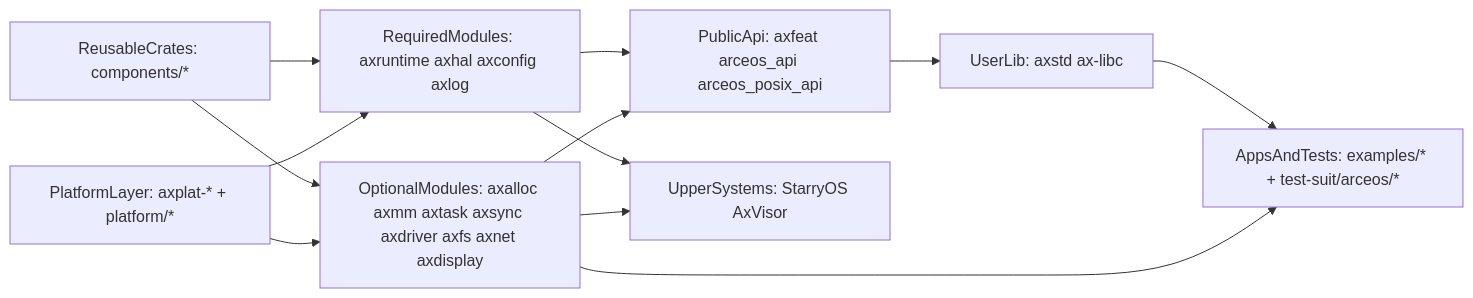
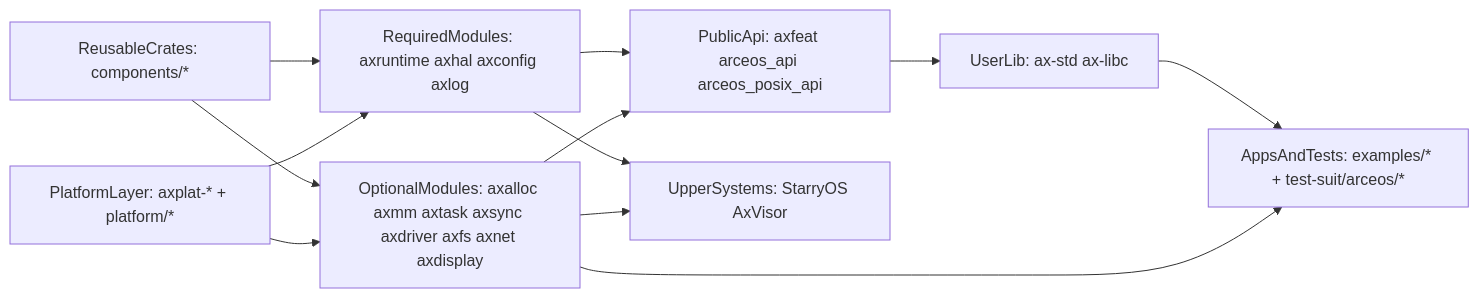
Before and after one commit to zKurisu/tgoskits: the first of 5 diagrams in docs/arceos-internals.md, drawn with Mermaid. The commit also changed other lines of this file and 153 other files, not shown here.

Commit message:
rename axstd to ax-std

````diff
--- a/docs/arceos-internals.md
+++ b/docs/arceos-internals.md
@@ -36,23 +36,23 @@
 ```mermaid
 flowchart LR
     reusableCrates["ReusableCrates: components/*"]
     platformLayer["PlatformLayer: axplat-* + platform/*"]
     requiredModules["RequiredModules: axruntime axhal axconfig axlog"]
     optionalModules["OptionalModules: axalloc axmm axtask axsync axdriver axfs axnet axdisplay"]
     publicApi["PublicApi: axfeat arceos_api arceos_posix_api"]
-    userLib["UserLib: axstd ax-libc"]
+    userLib["UserLib: ax-std ax-libc"]
     appsAndTests["AppsAndTests: examples/* + test-suit/arceos/*"]
     upperSystems["UpperSystems: StarryOS AxVisor"]
 
     reusableCrates --> requiredModules
     reusableCrates --> optionalModules
     platformLayer --> requiredModules
     platformLayer --> optionalModules
     requiredModules --> publicApi
     optionalModules --> publicApi
     publicApi --> userLib
     userLib --> appsAndTests
     optionalModules --> appsAndTests
     requiredModules --> upperSystems
     optionalModules --> upperSystems
 ```
````
